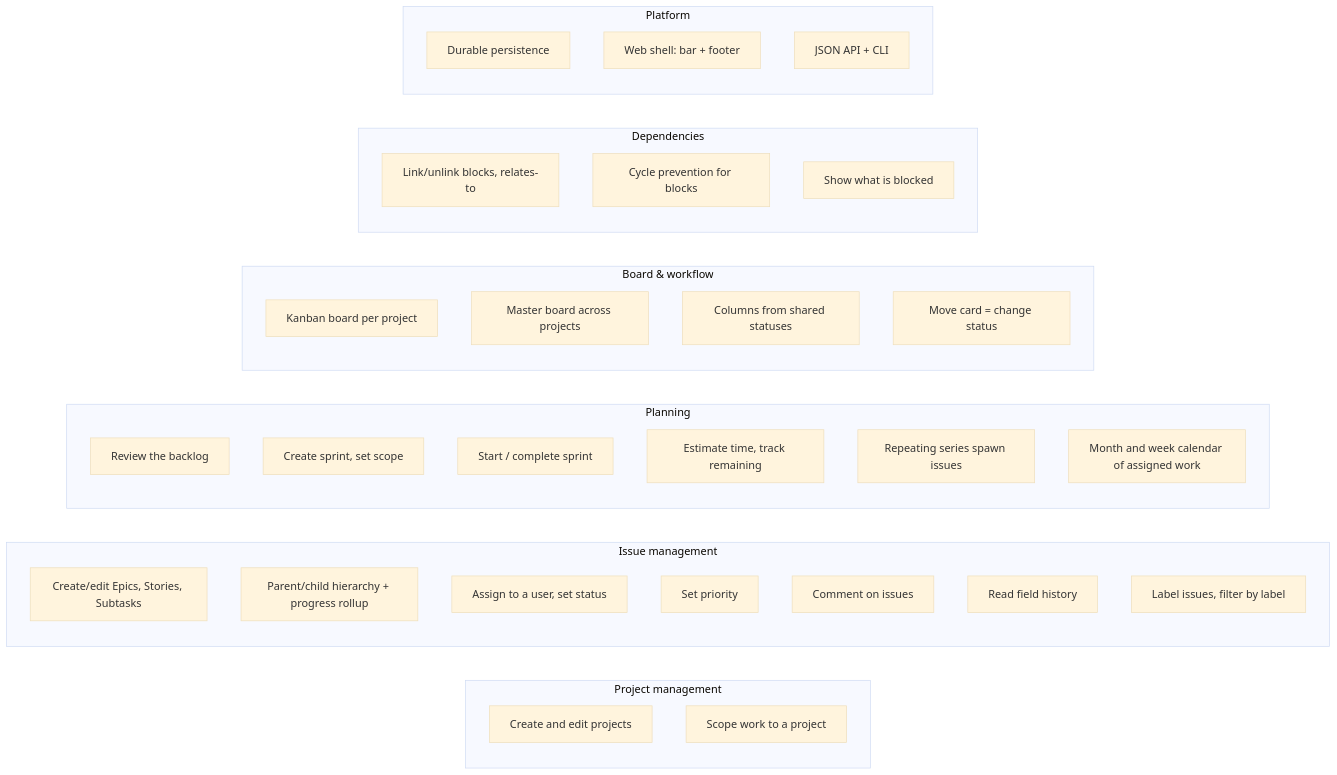
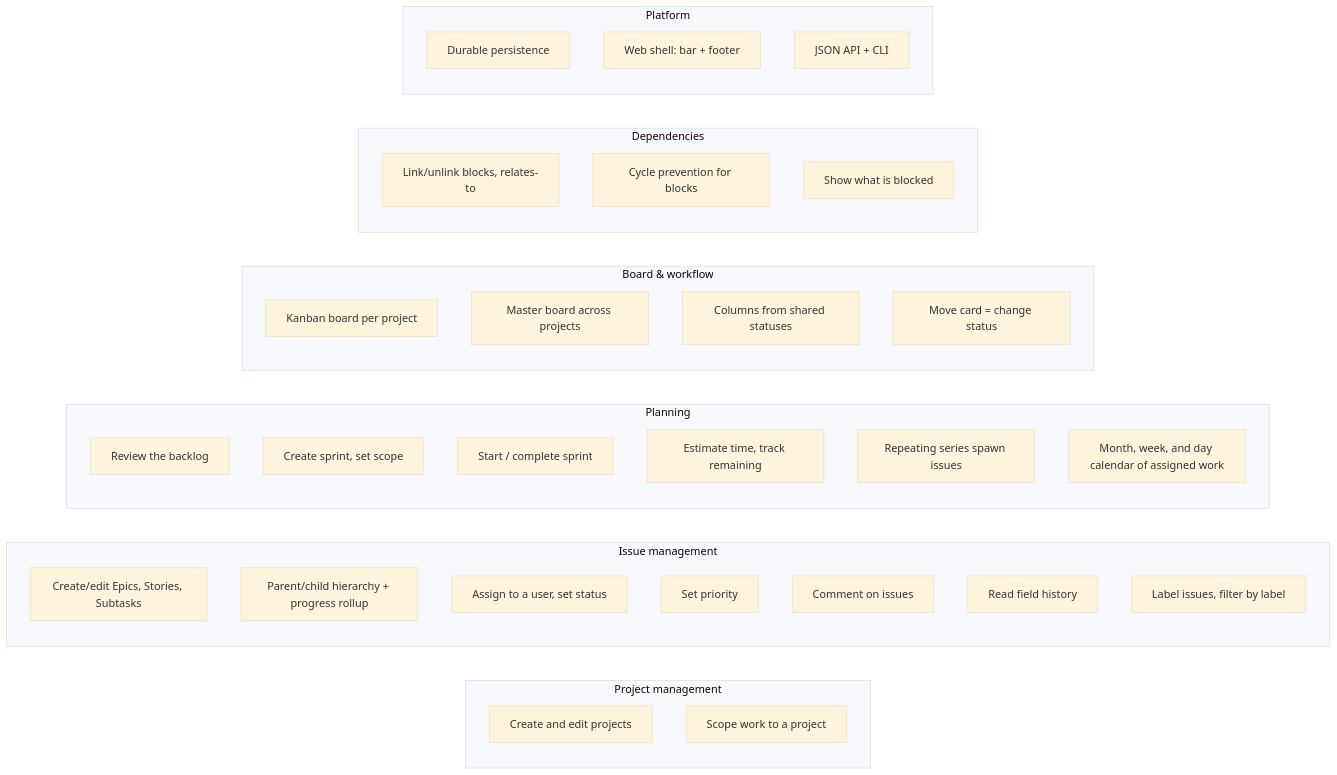
One commit to Mathotics/Keel changed the diagram in docs/architecture/capabilities.md. Above: the diagram before and after it, drawn with Mermaid (base theme). The commit also changed other lines of this file and 11 other files, not shown here.

Commit message:
KEEL-12 Added day view to calendar

````diff
--- a/docs/architecture/capabilities.md
+++ b/docs/architecture/capabilities.md
@@ -5,40 +5,40 @@
 ```mermaid
 flowchart LR
   subgraph Proj["Project management"]
     p1[Create and edit projects]
     p2[Scope work to a project]
   end
   subgraph Issue["Issue management"]
     a1[Create/edit Epics, Stories, Subtasks]
     a2[Parent/child hierarchy + progress rollup]
     a3[Assign to a user, set status]
     a3b[Set priority]
     a4[Comment on issues]
     a5[Read field history]
     a6[Label issues, filter by label]
   end
   subgraph Plan["Planning"]
     b1[Review the backlog]
     b2[Create sprint, set scope]
     b3[Start / complete sprint]
     b4[Estimate time, track remaining]
     b5[Repeating series spawn issues]
-    b6[Month and week calendar of assigned work]
+    b6[Month, week, and day calendar of assigned work]
   end
   subgraph Board["Board & workflow"]
     c1[Kanban board per project]
     c1b[Master board across projects]
     c2[Columns from shared statuses]
     c3[Move card = change status]
   end
   subgraph Dep["Dependencies"]
     d1[Link/unlink blocks, relates-to]
     d2[Cycle prevention for blocks]
     d3[Show what is blocked]
   end
   subgraph Plat["Platform"]
     e1[Durable persistence]
     e2[Web shell: bar + footer]
     e3[JSON API + CLI]
   end
 ```
````
